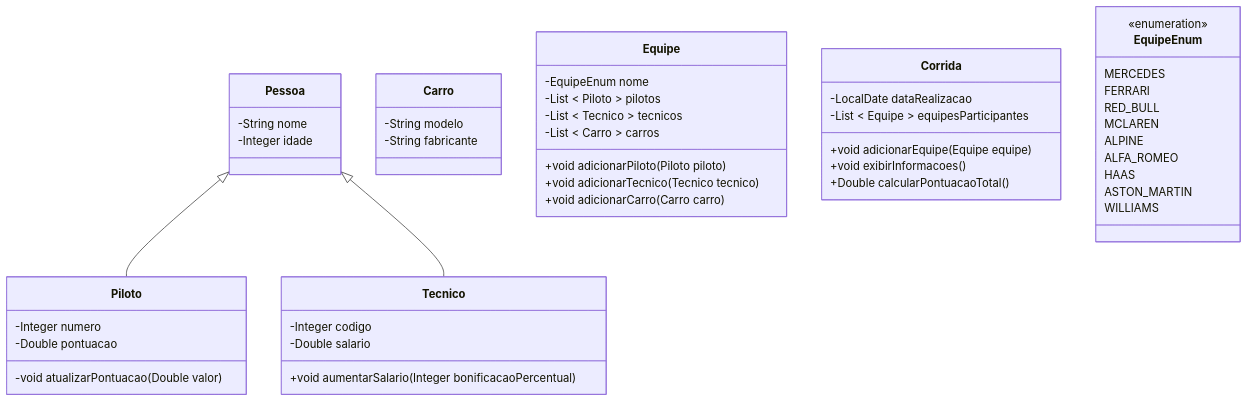
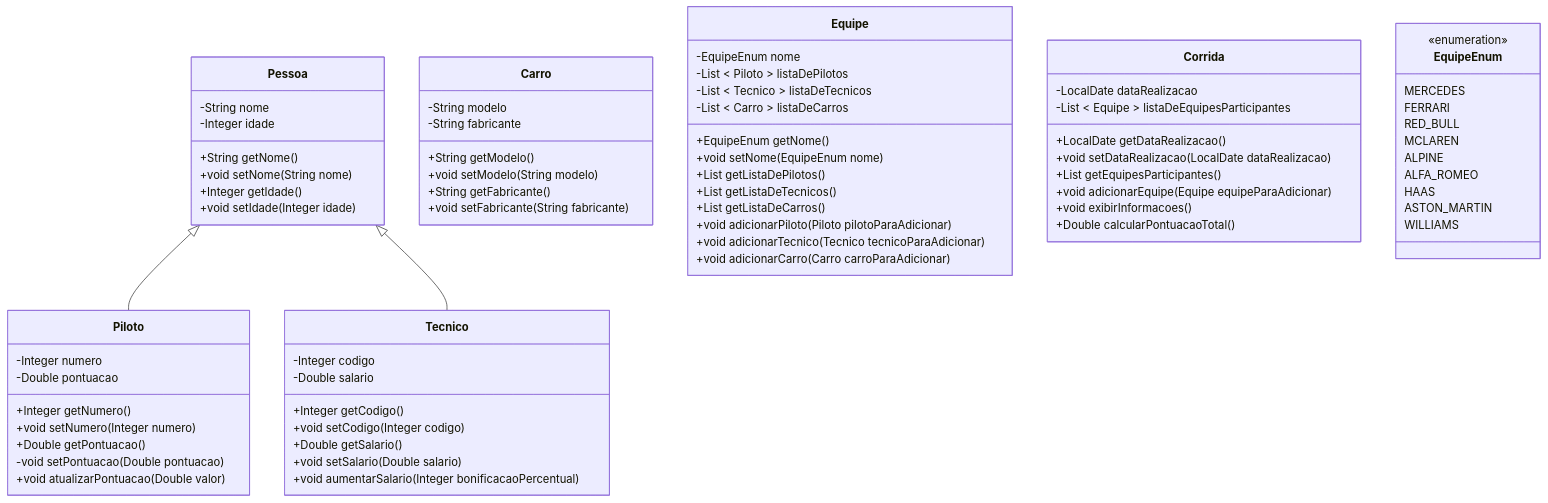
One commit to heltonricardo/enunciados-exercicios-java changed the diagram in exercicio-002/versao-002/README.md. Above: the diagram before and after it, drawn with Mermaid. The commit also changed other lines of this file, not shown here.

Commit message:
exercicio 2-2

```diff
--- a/exercicio-002/versao-002/README.md
+++ b/exercicio-002/versao-002/README.md
@@ -16,39 +16,63 @@
 class Pessoa {
   -String nome
   -Integer idade
+  +String getNome()
+  +void setNome(String nome)
+  +Integer getIdade()
+  +void setIdade(Integer idade)
 }
 
 class Piloto {
   -Integer numero
   -Double pontuacao
-  -void atualizarPontuacao(Double valor)
+  +Integer getNumero()
+  +void setNumero(Integer numero)
+  +Double getPontuacao()
+  -void setPontuacao(Double pontuacao)
+  +void atualizarPontuacao(Double valor)
 }
 
 class Tecnico {
   -Integer codigo
   -Double salario
+  +Integer getCodigo()
+  +void setCodigo(Integer codigo)
+  +Double getSalario()
+  +void setSalario(Double salario)
   +void aumentarSalario(Integer bonificacaoPercentual)
 }
 
 class Carro {
   -String modelo
   -String fabricante
+  +String getModelo()
+  +void setModelo(String modelo)
+  +String getFabricante()
+  +void setFabricante(String fabricante)
 }
 
 class Equipe {
   -EquipeEnum nome
-  -List < Piloto > pilotos
-  -List < Tecnico > tecnicos
-  -List < Carro > carros
-  +void adicionarPiloto(Piloto piloto)
-  +void adicionarTecnico(Tecnico tecnico)
-  +void adicionarCarro(Carro carro)
+  -List < Piloto > listaDePilotos
+  -List < Tecnico > listaDeTecnicos
+  -List < Carro > listaDeCarros
+  +EquipeEnum getNome()
+  +void setNome(EquipeEnum nome)
+  +List<Piloto> getListaDePilotos()
+  +List<Tecnico> getListaDeTecnicos()
+  +List<Carro> getListaDeCarros()
+  +void adicionarPiloto(Piloto pilotoParaAdicionar)
+  +void adicionarTecnico(Tecnico tecnicoParaAdicionar)
+  +void adicionarCarro(Carro carroParaAdicionar)
 }
 
 class Corrida {
   -LocalDate dataRealizacao
-  -List < Equipe > equipesParticipantes
-  +void adicionarEquipe(Equipe equipe)
+  -List < Equipe > listaDeEquipesParticipantes
+  +LocalDate getDataRealizacao()
+  +void setDataRealizacao(LocalDate dataRealizacao)
+  +List<Equipe> getEquipesParticipantes()
+  +void adicionarEquipe(Equipe equipeParaAdicionar)
   +void exibirInformacoes()
   +Double calcularPontuacaoTotal()
 }
```
